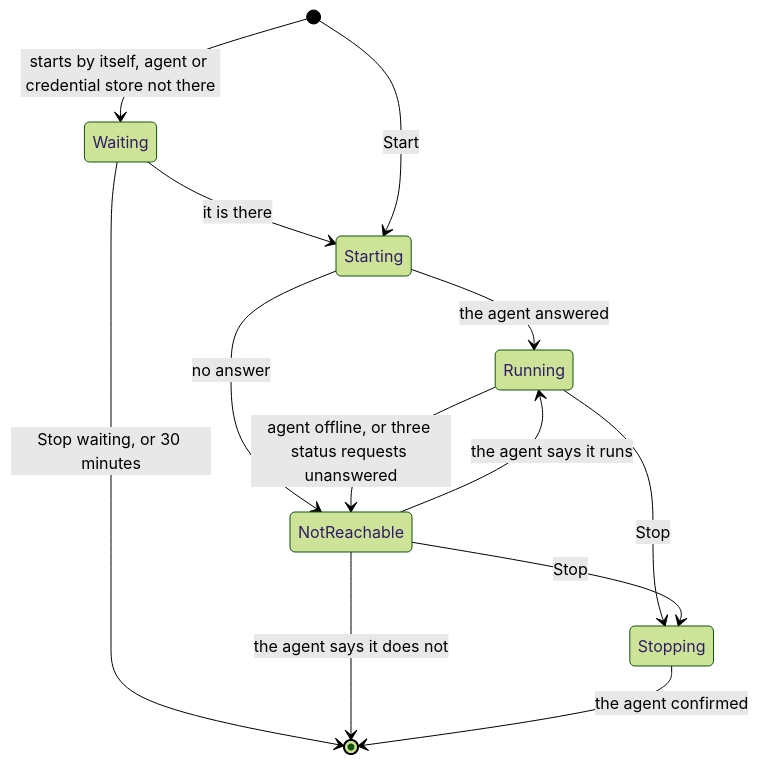
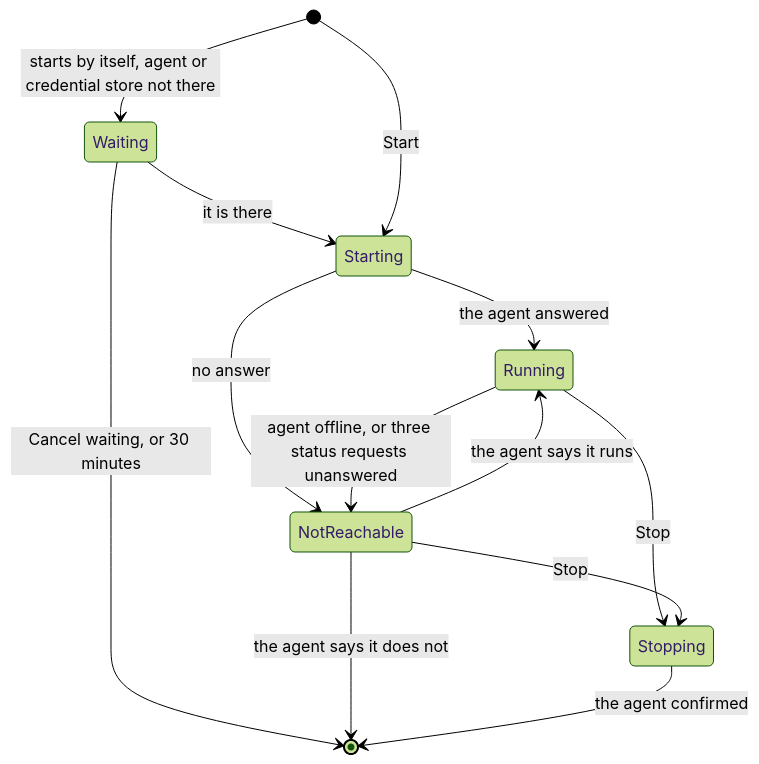
One commit to armaxri/termiHub changed diagram 38 of 41 in docs/architecture.md. Above: the diagram before and after it, drawn with Mermaid (forest theme). The commit also changed other lines of this file and 29 other files, not shown here.

````diff
--- a/docs/architecture.md
+++ b/docs/architecture.md
@@ -3114,15 +3114,15 @@
 ```mermaid
 stateDiagram-v2
   [*] --> Waiting: starts by itself, agent or credential store not there
   Waiting --> Starting: it is there
-  Waiting --> [*]: Stop waiting, or 30 minutes
+  Waiting --> [*]: Cancel waiting, or 30 minutes
   [*] --> Starting: Start
   Starting --> Running: the agent answered
   Starting --> NotReachable: no answer
   Running --> NotReachable: agent offline, or three status requests unanswered
   NotReachable --> Running: the agent says it runs
   NotReachable --> [*]: the agent says it does not
   Running --> Stopping: Stop
   NotReachable --> Stopping: Stop
   Stopping --> [*]: the agent confirmed
 ```
````
